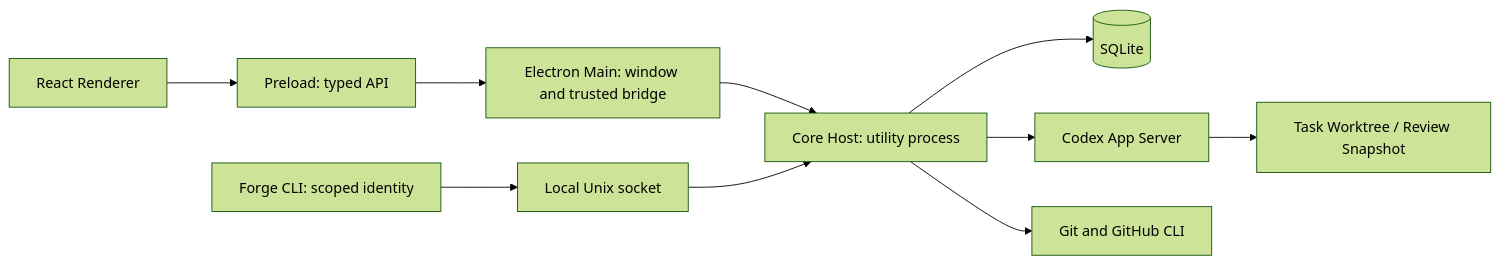
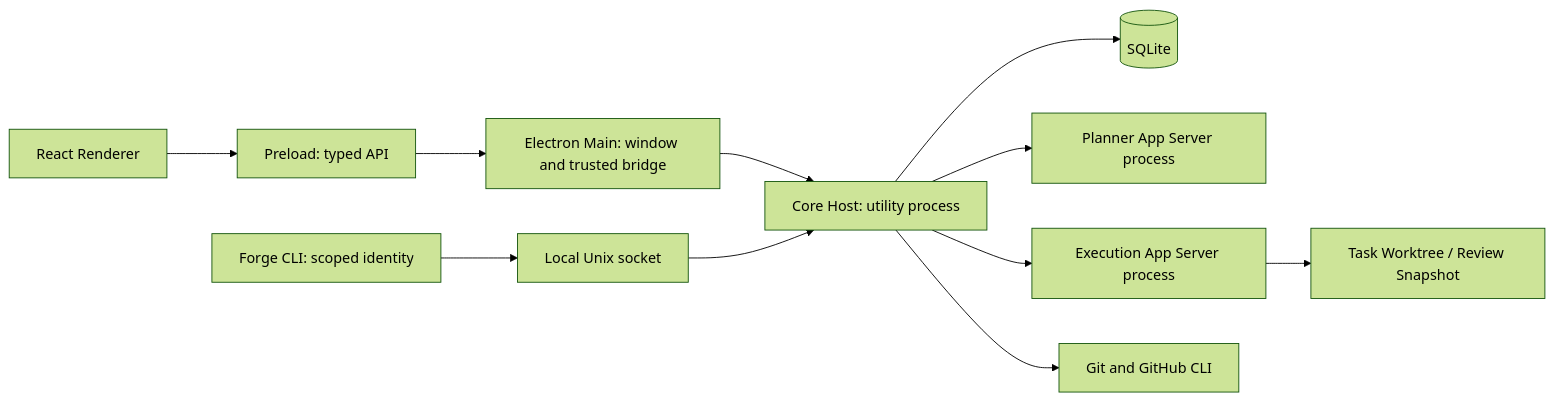
One commit to zhongqc/forge-lane changed the diagram in docs/superpowers/specs/2026-11-25-forge-desktop-design.md. Above: the diagram before and after it, drawn with Mermaid (forest theme). The commit also changed other lines of this file, not shown here.

Commit message:
docs: ground desktop storage and Codex integration decisions

````diff
--- a/docs/superpowers/specs/2026-11-25-forge-desktop-design.md
+++ b/docs/superpowers/specs/2026-11-25-forge-desktop-design.md
@@ -102,12 +123,13 @@
 ```mermaid
 flowchart LR
   UI[React Renderer] --> PRE[Preload: typed API]
   PRE --> MAIN[Electron Main: window and trusted bridge]
   MAIN --> CORE[Core Host: utility process]
   CLI[Forge CLI: scoped identity] --> SOCK[Local Unix socket]
   SOCK --> CORE
   CORE --> DB[(SQLite)]
-  CORE --> CODEX[Codex App Server]
+  CORE --> PLAN[Planner App Server process]
+  CORE --> CODEX[Execution App Server process]
   CORE --> SCM[Git and GitHub CLI]
   CODEX --> WS[Task Worktree / Review Snapshot]
 ```
````
